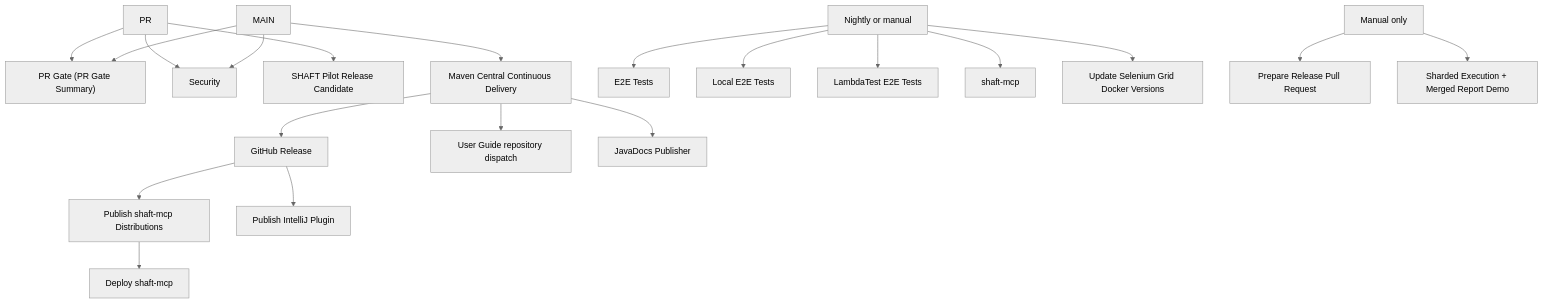
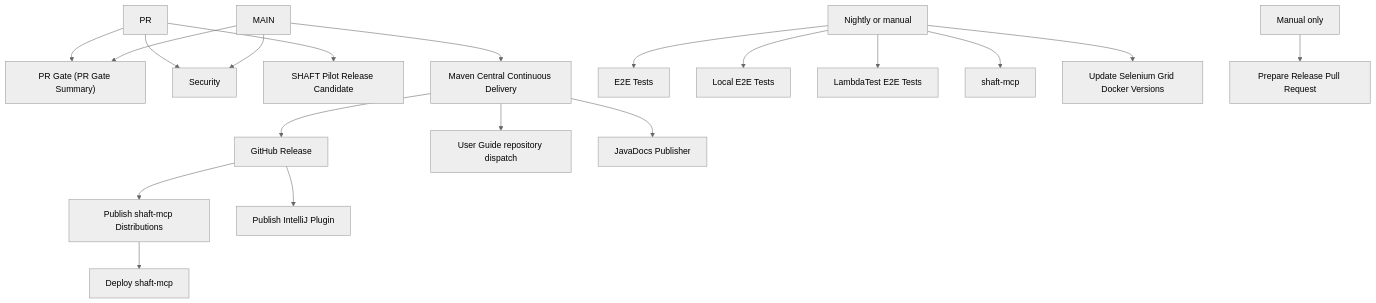
The diagram in .github/workflows/README.md (ShaftHQ/SHAFT_ENGINE), drawn with Mermaid (neutral theme) before and after one commit. The commit also changed other lines of this file and 27 other files, not shown here.

First line of the commit message:
CI overhaul Phase 5: composite dedup, sharded-report retirement, guidance-rot sweep (#3814 remainder) (#3865)

````diff
--- a/.github/workflows/README.md
+++ b/.github/workflows/README.md
@@ -8,26 +8,25 @@
 ```mermaid
 flowchart TD
   PR --> GATE["PR Gate (PR Gate Summary)"]
   PR --> SEC["Security"]
   PR --> PILOT["SHAFT Pilot Release Candidate"]
 
   MAIN --> GATE
   MAIN --> SEC
   MAIN --> CD["Maven Central Continuous Delivery"]
 
   CD --> REL["GitHub Release"]
   CD --> DOCS["User Guide repository dispatch"]
   CD --> JAVADOCS["JavaDocs Publisher"]
   REL --> MCP_PUBLISH["Publish shaft-mcp Distributions"]
   REL --> IDEA_PUBLISH["Publish IntelliJ Plugin"]
   MCP_PUBLISH --> MCP_DEPLOY["Deploy shaft-mcp"]
 
   NIGHTLY["Nightly or manual"] --> E2E["E2E Tests"]
   NIGHTLY --> LOCAL_E2E["Local E2E Tests"]
   NIGHTLY --> LT["LambdaTest E2E Tests"]
   NIGHTLY --> MCP_TEST["shaft-mcp"]
   NIGHTLY --> GRID["Update Selenium Grid Docker Versions"]
 
   MANUAL["Manual only"] --> RELEASE_PR["Prepare Release Pull Request"]
-  MANUAL --> SHARD["Sharded Execution + Merged Report Demo"]
 ```
````
